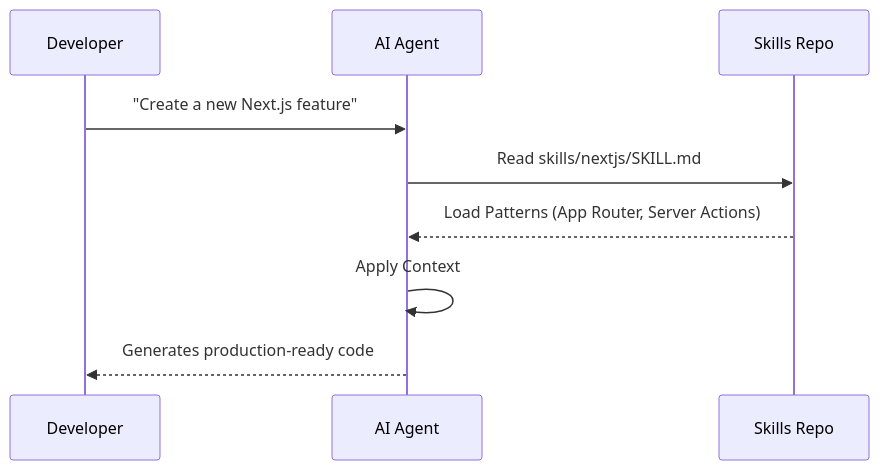
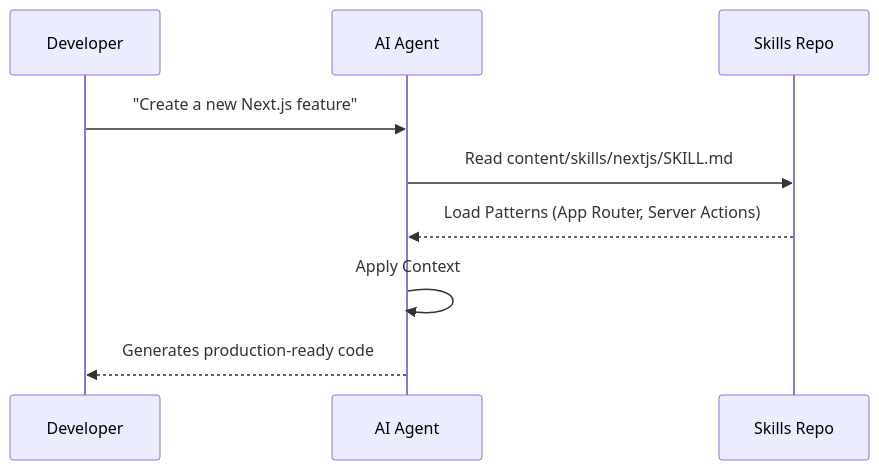
The diagram in README.md (gpolanco/agent-skills), drawn with Mermaid before and after one commit. The commit also changed other lines of this file and 52 other files, not shown here.

````diff
--- a/README.md
+++ b/README.md
@@ -47,12 +44,12 @@
 ```mermaid
 sequenceDiagram
     participant U as Developer
     participant A as AI Agent
     participant S as Skills Repo
 
     U->>A: "Create a new Next.js feature"
-    A->>S: Read skills/nextjs/SKILL.md
+    A->>S: Read content/skills/nextjs/SKILL.md
     S-->>A: Load Patterns (App Router, Server Actions)
     A->>A: Apply Context
     A-->>U: Generates production-ready code
 ```
````
